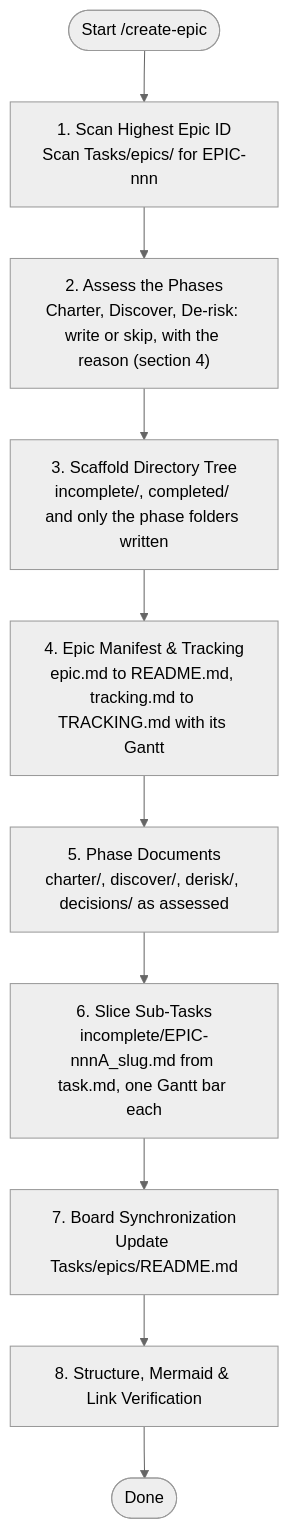
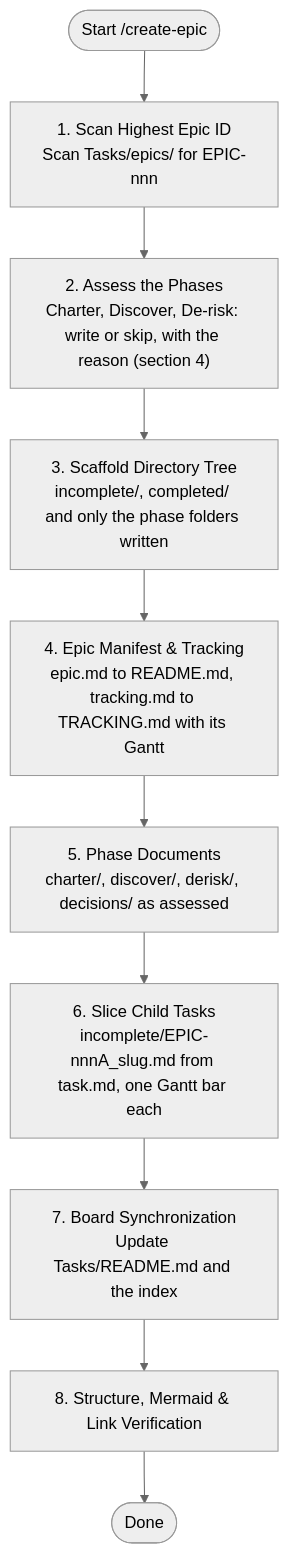
One commit to anhembedded/Youtube-Plan changed the diagram in .claude/skills/create-epic/SKILL.md. Above: the diagram before and after it, drawn with Mermaid (neutral theme). The commit also changed other lines of this file and 22 other files, not shown here.

````diff
--- a/.claude/skills/create-epic/SKILL.md
+++ b/.claude/skills/create-epic/SKILL.md
@@ -12,12 +12,12 @@
 ```mermaid
 flowchart TD
     Start(["Start /create-epic"]) --> Scan["1. Scan Highest Epic ID<br/>Scan Tasks/epics/ for EPIC-nnn"]
     Scan --> Assess["2. Assess the Phases<br/>Charter, Discover, De-risk: write or skip, with the reason (section 4)"]
     Assess --> Scaffold["3. Scaffold Directory Tree<br/>incomplete/, completed/ and only the phase folders written"]
     Scaffold --> Manifest["4. Epic Manifest & Tracking<br/>epic.md to README.md, tracking.md to TRACKING.md with its Gantt"]
     Manifest --> Phases["5. Phase Documents<br/>charter/, discover/, derisk/, decisions/ as assessed"]
-    Phases --> Slice["6. Slice Sub-Tasks<br/>incomplete/EPIC-nnnA_slug.md from task.md, one Gantt bar each"]
-    Slice --> Sync["7. Board Synchronization<br/>Update Tasks/epics/README.md"]
+    Phases --> Slice["6. Slice Child Tasks<br/>incomplete/EPIC-nnnA_slug.md from task.md, one Gantt bar each"]
+    Slice --> Sync["7. Board Synchronization<br/>Update Tasks/README.md and the index"]
     Sync --> Verify["8. Structure, Mermaid & Link Verification"]
     Verify --> Done(["Done"])
 ```
````
